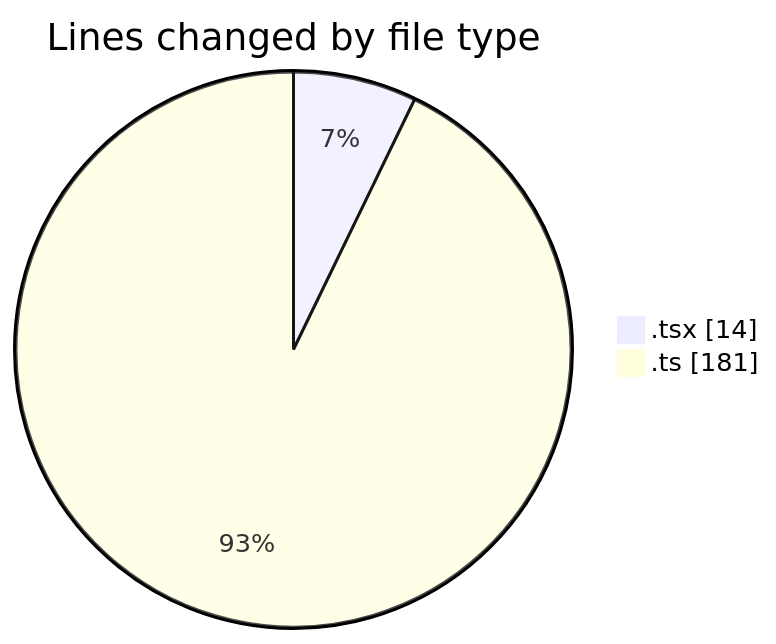
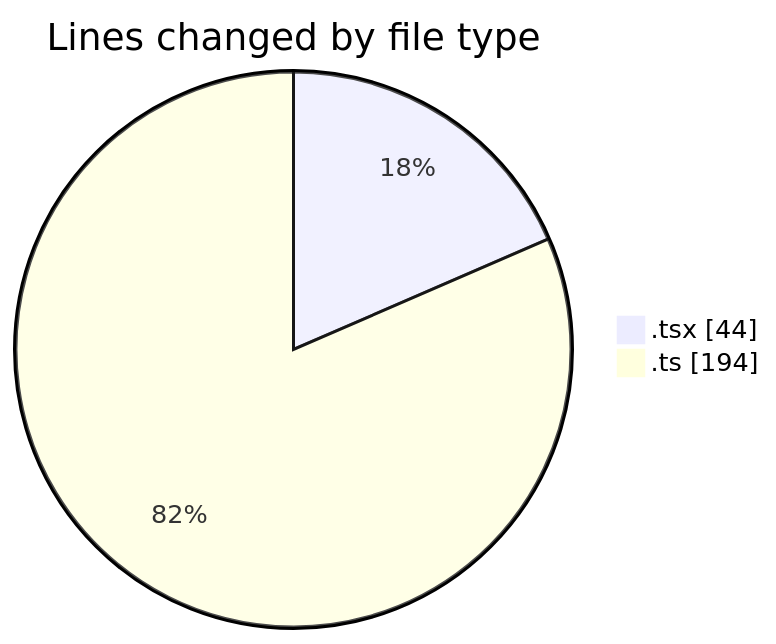
One commit to julien-gomy/code-tracking changed the first of 2 diagrams in 2025-10-08/eventscop-frontend-guide__workspace_/README.md. Above: the diagram before and after it, drawn with Mermaid. The commit also changed other lines of this file and 1 other file, not shown here.

````diff
--- a/2025-10-08/eventscop-frontend-guide__workspace_/README.md
+++ b/2025-10-08/eventscop-frontend-guide__workspace_/README.md
@@ -21,6 +22,6 @@
 ```mermaid
 pie showData
 title Lines changed by file type
-".tsx" : 14
-".ts" : 181
+".tsx" : 44
+".ts" : 194
 ```
````
